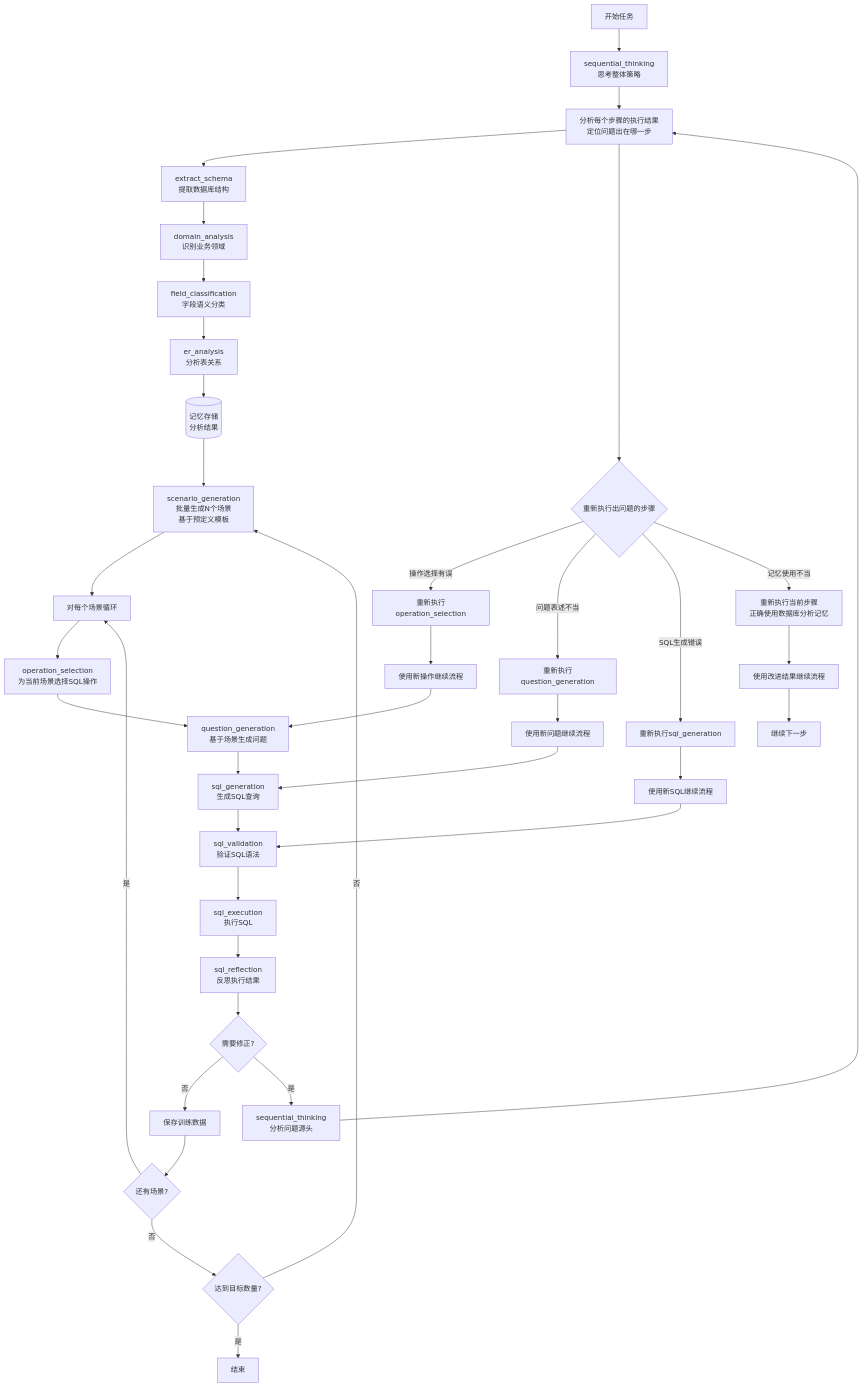
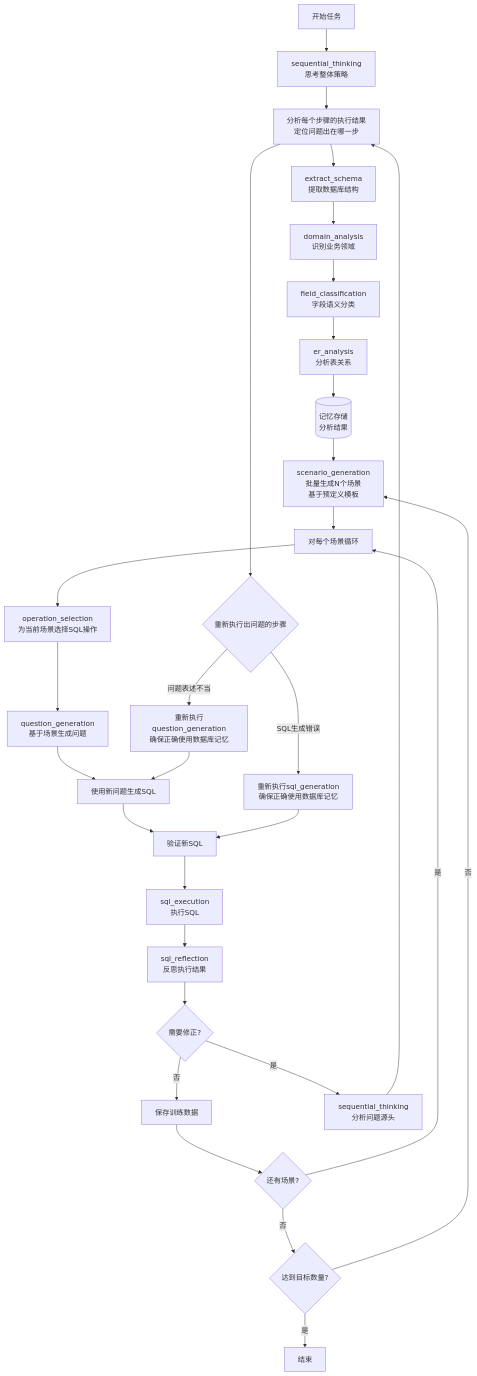
The diagram in semanticsql-agent/.doc/semanticsql-agent_DESIGN_SPEC.md (lizhenping/SemanticSQL-Agent), drawn with Mermaid before and after one commit. The commit also changed other lines of this file, not shown here.

````diff
--- a/semanticsql-agent/.doc/semanticsql-agent_DESIGN_SPEC.md
+++ b/semanticsql-agent/.doc/semanticsql-agent_DESIGN_SPEC.md
@@ -70,49 +70,40 @@
 ```mermaid
 graph TB
     Start[开始任务] --> Think1[sequential_thinking<br/>思考整体策略]
     Think1 --> Analyze[数据库分析阶段<br/>只执行一次]
     
     Analyze --> Schema[extract_schema<br/>提取数据库结构]
     Schema --> Domain[domain_analysis<br/>识别业务领域]
     Domain --> Field[field_classification<br/>字段语义分类]
     Field --> ER[er_analysis<br/>分析表关系]
     ER --> Memory[(记忆存储<br/>分析结果)]
     
     Memory --> ScenarioBatch[scenario_generation<br/>批量生成N个场景<br/>基于预定义模板]
     
     ScenarioBatch --> ScenarioLoop[对每个场景循环]
     ScenarioLoop --> Operation[operation_selection<br/>为当前场景选择SQL操作]
     Operation --> Question[question_generation<br/>基于场景生成问题]
     Question --> SQL[sql_generation<br/>生成SQL查询]
     SQL --> Validate[sql_validation<br/>验证SQL语法]
     Validate --> Execute[sql_execution<br/>执行SQL]
     Execute --> Reflect[sql_reflection<br/>反思执行结果]
     
     Reflect --> Judge{需要修正?}
     Judge -->|否| Save[保存训练数据]
     Judge -->|是| ThinkFix[sequential_thinking<br/>分析问题源头]
     
     ThinkFix --> Analyze[分析每个步骤的执行结果<br/>定位问题出在哪一步]
     
     Analyze --> ReDo{重新执行出问题的步骤}
-    ReDo -->|操作选择有误| ReOperation[重新执行operation_selection]
-    ReDo -->|问题表述不当| ReQuestion[重新执行question_generation]
-    ReDo -->|SQL生成错误| ReSQL[重新执行sql_generation]
-    ReDo -->|记忆使用不当| ReMemory[重新执行当前步骤<br/>正确使用数据库分析记忆]
+    ReDo -->|问题表述不当| ReQuestion[重新执行question_generation<br/>确保正确使用数据库记忆]
+    ReDo -->|SQL生成错误| ReSQL[重新执行sql_generation<br/>确保正确使用数据库记忆]
     
-    ReOperation --> Continue1[使用新操作继续流程]
-    ReQuestion --> Continue2[使用新问题继续流程]
-    ReSQL --> Continue3[使用新SQL继续流程]
-    ReMemory --> Continue4[使用改进结果继续流程]
-    
-    Continue1 --> Question
-    Continue2 --> SQL
-    Continue3 --> Validate
-    Continue4 --> NextStep[继续下一步]
+    ReQuestion --> SQL[使用新问题生成SQL]
+    ReSQL --> Validate[验证新SQL]
     
     Save --> NextScenario{还有场景?}
     NextScenario -->|是| ScenarioLoop
     NextScenario -->|否| CheckCount{达到目标数量?}
     CheckCount -->|否| ScenarioBatch
     CheckCount -->|是| End[结束]
 ```
````
